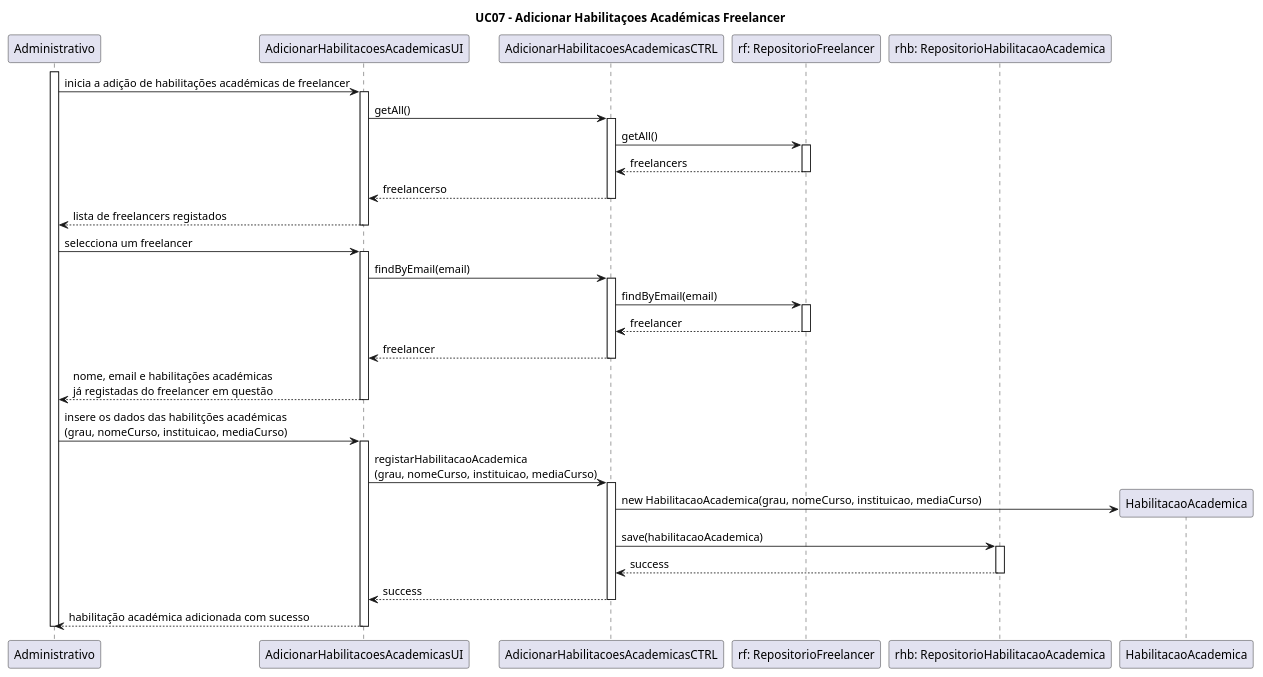
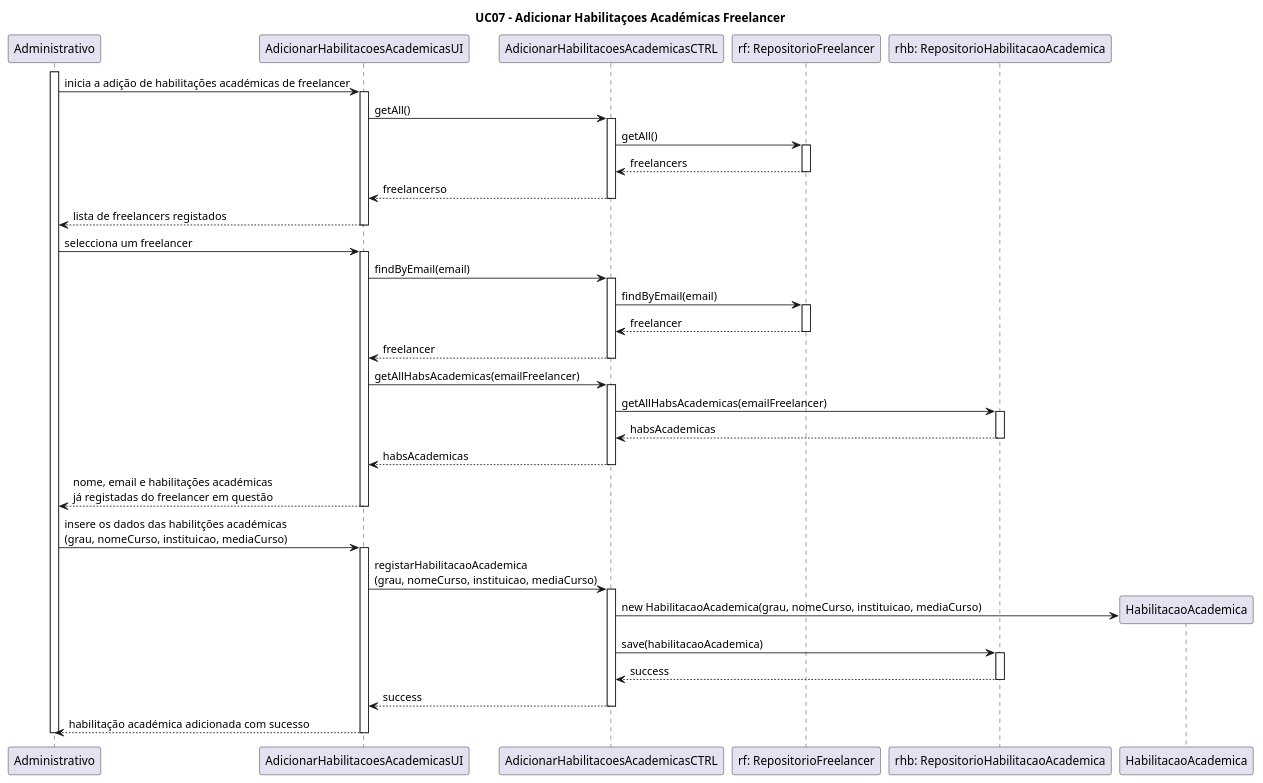
One commit to blestonbandeiraUPSKILL/upskill_java1_labprg_grupo2 changed the diagram in Documentação/Sprint 3/UC07a_Adicionar_Habilitacoes_Academicas/UC07a_Adicionar_Habilitacoes_Academicas_Diagrama_Sequencia.puml. Above: the diagram before and after it, drawn with PlantUML. The commit also changed 6 other files, not shown here.

Commit message:
uc7a, uc7b - diagrama de sequência

```diff
--- a/Documentação/Sprint 3/UC07a_Adicionar_Habilitacoes_Academicas/UC07a_Adicionar_Habilitacoes_Academicas_Diagrama_Sequencia.puml
+++ b/Documentação/Sprint 3/UC07a_Adicionar_Habilitacoes_Academicas/UC07a_Adicionar_Habilitacoes_Academicas_Diagrama_Sequencia.puml
@@ -1,55 +1,63 @@
 @startuml
 
 title UC07 - Adicionar Habilitaçoes Académicas Freelancer
 
 participant "Administrativo" as Administrativo
 participant "AdicionarHabilitacoesAcademicasUI" as AdicionarHabilitacoesAcademicasUI
 participant "AdicionarHabilitacoesAcademicasCTRL" as AdicionarHabilitacoesAcademicasCTRL
 participant "rf: RepositorioFreelancer" as RepositorioFreelancer
 participant "rhb: RepositorioHabilitacaoAcademica" as RepositorioHabilitacaoAcademica
 
 activate Administrativo
 Administrativo -> AdicionarHabilitacoesAcademicasUI : inicia a adição de habilitações académicas de freelancer
 activate AdicionarHabilitacoesAcademicasUI
 AdicionarHabilitacoesAcademicasUI -> AdicionarHabilitacoesAcademicasCTRL: getAll()
 activate AdicionarHabilitacoesAcademicasCTRL
 AdicionarHabilitacoesAcademicasCTRL -> RepositorioFreelancer: getAll()
 activate RepositorioFreelancer
 
 RepositorioFreelancer --> AdicionarHabilitacoesAcademicasCTRL: freelancers
 deactivate RepositorioFreelancer
 AdicionarHabilitacoesAcademicasCTRL --> AdicionarHabilitacoesAcademicasUI: freelancerso
 deactivate AdicionarHabilitacoesAcademicasCTRL
 AdicionarHabilitacoesAcademicasUI --> Administrativo: lista de freelancers registados
 deactivate AdicionarHabilitacoesAcademicasUI
 
 Administrativo -> AdicionarHabilitacoesAcademicasUI: selecciona um freelancer
 activate AdicionarHabilitacoesAcademicasUI
 AdicionarHabilitacoesAcademicasUI -> AdicionarHabilitacoesAcademicasCTRL: findByEmail(email)
 activate AdicionarHabilitacoesAcademicasCTRL
 AdicionarHabilitacoesAcademicasCTRL -> RepositorioFreelancer: findByEmail(email)
 activate RepositorioFreelancer
 RepositorioFreelancer --> AdicionarHabilitacoesAcademicasCTRL: freelancer
 deactivate RepositorioFreelancer
 AdicionarHabilitacoesAcademicasCTRL --> AdicionarHabilitacoesAcademicasUI: freelancer
 deactivate AdicionarHabilitacoesAcademicasCTRL
+AdicionarHabilitacoesAcademicasUI -> AdicionarHabilitacoesAcademicasCTRL: getAllHabsAcademicas(emailFreelancer)
+activate AdicionarHabilitacoesAcademicasCTRL
+AdicionarHabilitacoesAcademicasCTRL -> RepositorioHabilitacaoAcademica: getAllHabsAcademicas(emailFreelancer)
+activate RepositorioHabilitacaoAcademica
+RepositorioHabilitacaoAcademica --> AdicionarHabilitacoesAcademicasCTRL: habsAcademicas
+deactivate RepositorioHabilitacaoAcademica
+AdicionarHabilitacoesAcademicasCTRL --> AdicionarHabilitacoesAcademicasUI: habsAcademicas
+deactivate AdicionarHabilitacoesAcademicasCTRL
 AdicionarHabilitacoesAcademicasUI --> Administrativo: nome, email e habilitações académicas \njá registadas do freelancer em questão
 deactivate AdicionarHabilitacoesAcademicasUI
 
 Administrativo -> AdicionarHabilitacoesAcademicasUI: insere os dados das habilitções académicas \n(grau, nomeCurso, instituicao, mediaCurso)
 activate AdicionarHabilitacoesAcademicasUI
 AdicionarHabilitacoesAcademicasUI -> AdicionarHabilitacoesAcademicasCTRL: registarHabilitacaoAcademica\n(grau, nomeCurso, instituicao, mediaCurso)
 activate AdicionarHabilitacoesAcademicasCTRL
 create HabilitacaoAcademica
 AdicionarHabilitacoesAcademicasCTRL -> HabilitacaoAcademica: new HabilitacaoAcademica(grau, nomeCurso, instituicao, mediaCurso)
 AdicionarHabilitacoesAcademicasCTRL -> RepositorioHabilitacaoAcademica: save(habilitacaoAcademica)
 activate RepositorioHabilitacaoAcademica
 RepositorioHabilitacaoAcademica --> AdicionarHabilitacoesAcademicasCTRL: success
 deactivate RepositorioHabilitacaoAcademica
 AdicionarHabilitacoesAcademicasCTRL --> AdicionarHabilitacoesAcademicasUI: success
 deactivate AdicionarHabilitacoesAcademicasCTRL
 AdicionarHabilitacoesAcademicasUI --> Administrativo: habilitação académica adicionada com sucesso
 deactivate AdicionarHabilitacoesAcademicasUI
 deactivate Administrativo
 
 @enduml
```
